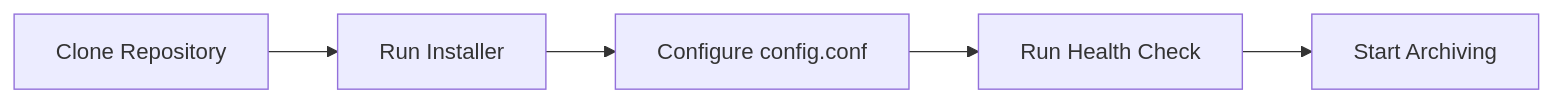
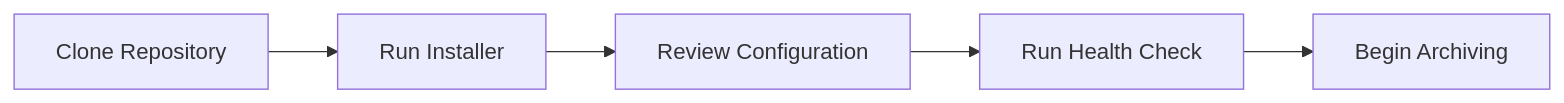
One commit to JWMutant/frigate-archive changed the third of 3 diagrams in README.md. Above: the diagram before and after it, drawn with Mermaid. The commit also changed other lines of this file and 5 other files, not shown here.

````diff
--- a/README.md
+++ b/README.md
@@ -224,12 +266,13 @@
 ```mermaid
 flowchart LR
 
 A[Clone Repository]
+
 --> B[Run Installer]
 
-B --> C[Configure config.conf]
+--> C[Review Configuration]
 
-C --> D[Run Health Check]
+--> D[Run Health Check]
 
-D --> E[Start Archiving]
+--> E[Begin Archiving]
 ```
````
